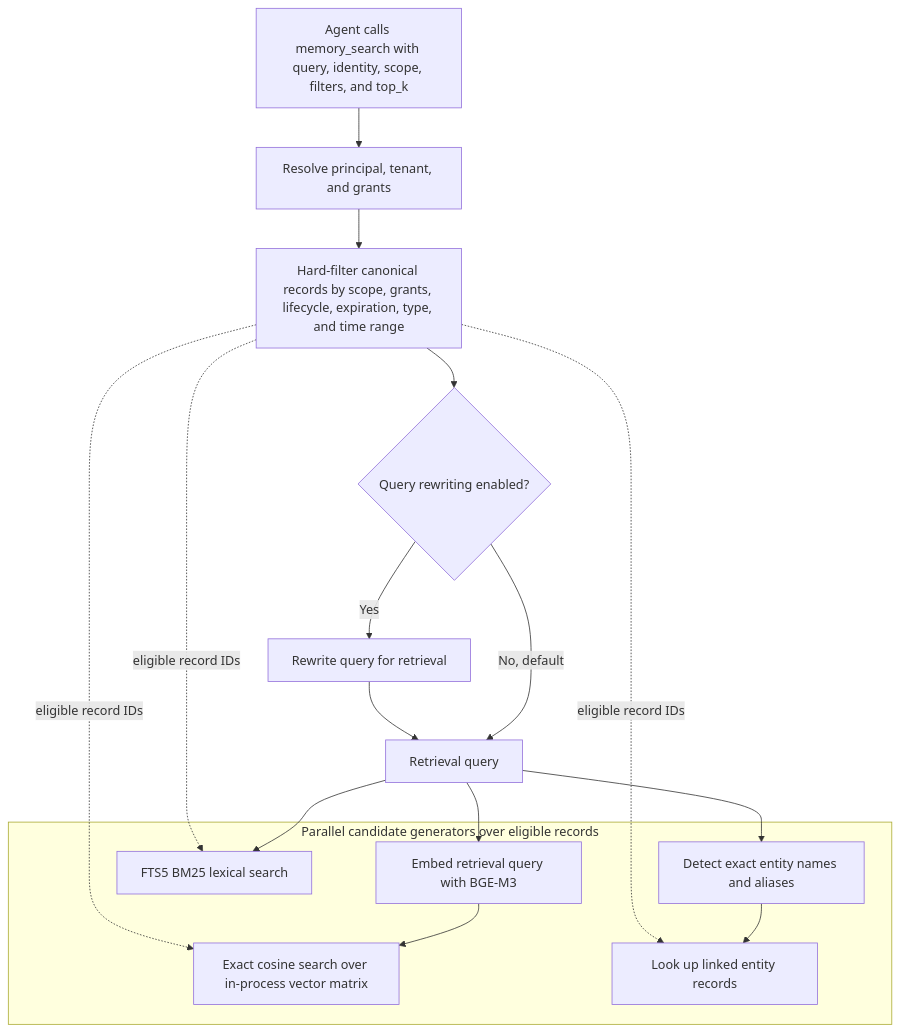
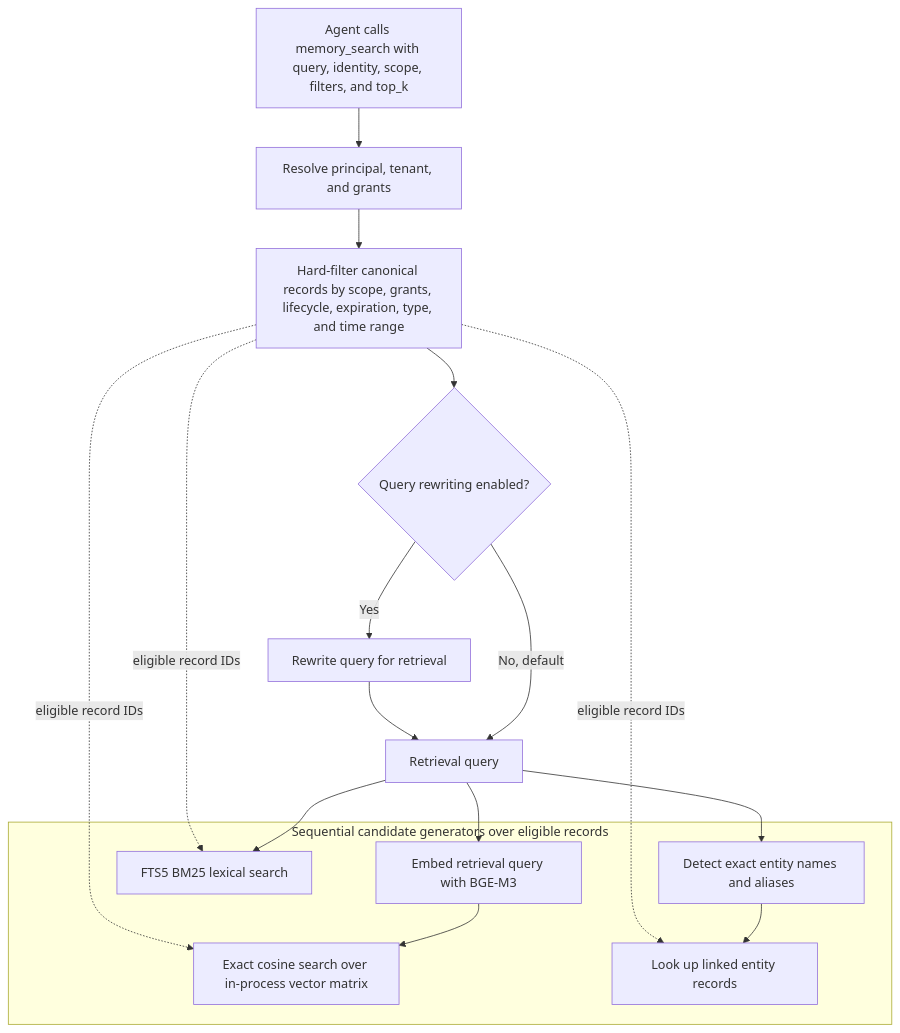
One commit to adimyth/memory-weave changed the third of 4 diagrams in README.md. Above: the diagram before and after it, drawn with Mermaid. The commit also changed other lines of this file and 47 other files, not shown here.

````diff
--- a/README.md
+++ b/README.md
@@ -93,28 +93,28 @@
 ```mermaid
 flowchart TD
     Request[Agent calls memory_search with query, identity, scope, filters, and top_k]
     Principal[Resolve principal, tenant, and grants]
     Eligibility[Hard-filter canonical records by scope, grants, lifecycle, expiration, type, and time range]
     Rewrite{Query rewriting enabled?}
     SearchQuery[Retrieval query]
     Request --> Principal --> Eligibility --> Rewrite
     Rewrite -- No, default --> SearchQuery
     Rewrite -- Yes --> Rewritten[Rewrite query for retrieval] --> SearchQuery
 
-    subgraph Candidates[Parallel candidate generators over eligible records]
+    subgraph Candidates[Sequential candidate generators over eligible records]
         DenseQuery[Embed retrieval query with BGE-M3]
         DenseSearch[Exact cosine search over in-process vector matrix]
         LexicalSearch[FTS5 BM25 lexical search]
         EntityDetect[Detect exact entity names and aliases]
         EntitySearch[Look up linked entity records]
         DenseQuery --> DenseSearch
         EntityDetect --> EntitySearch
     end
 
     SearchQuery --> DenseQuery
     SearchQuery --> LexicalSearch
     SearchQuery --> EntityDetect
     Eligibility -. eligible record IDs .-> DenseSearch
     Eligibility -. eligible record IDs .-> LexicalSearch
     Eligibility -. eligible record IDs .-> EntitySearch
 ```
````
